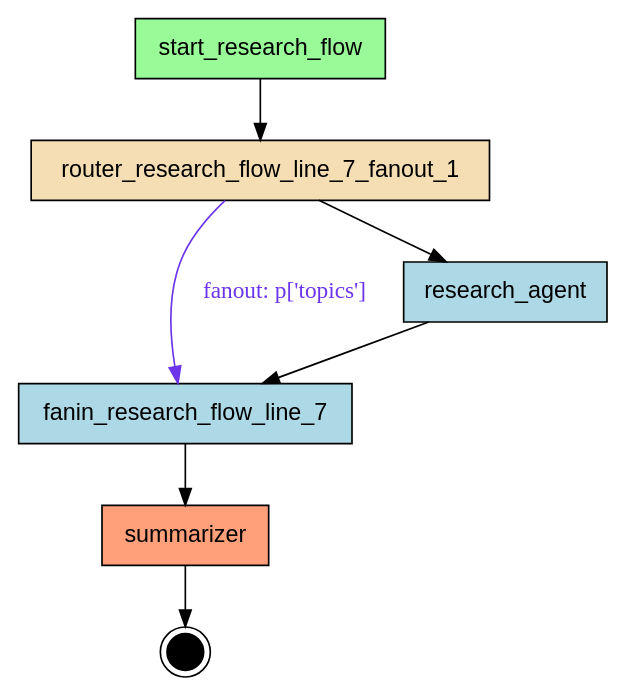
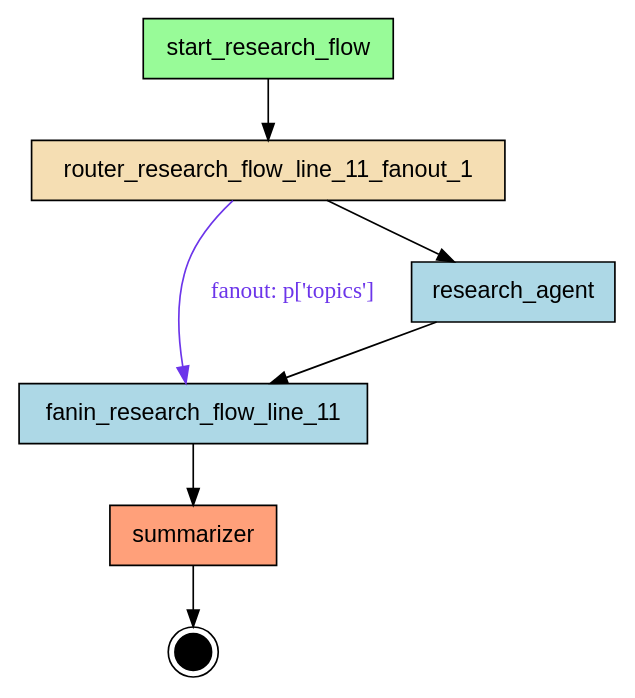
The diagram in src/asya-testing/asya_testing/flows/research_flow/compiled/flow.dot (deliveryhero/asya), drawn with Graphviz before and after one commit. The commit also changed 58 other files, not shown here.

First line of the commit message:
fix: add @actor to asya-testing flow handlers, recompile all

```diff
--- a/src/asya-testing/asya_testing/flows/research_flow/compiled/flow.dot
+++ b/src/asya-testing/asya_testing/flows/research_flow/compiled/flow.dot
@@ -1,21 +1,21 @@
 digraph "research_flow" {
     rankdir=TB;
     node [shape=box, style=filled, fontname="Helvetica"];
 
     { rank=source; start_research_flow; }
 
-    fanin_research_flow_line_7 [label="fanin_research_flow_line_7", fillcolor=lightblue];
+    fanin_research_flow_line_11 [label="fanin_research_flow_line_11", fillcolor=lightblue];
     research_agent [label="research_agent", fillcolor=lightblue];
-    router_research_flow_line_7_fanout_1 [label="router_research_flow_line_7_fanout_1", fillcolor=wheat];
+    router_research_flow_line_11_fanout_1 [label="router_research_flow_line_11_fanout_1", fillcolor=wheat];
     start_research_flow [label="start_research_flow", fillcolor=palegreen];
     summarizer [label="summarizer", fillcolor=lightsalmon];
 
     __end__ [label="", shape=doublecircle, fillcolor=black, width=0.3, fixedsize=true];
 
-    start_research_flow -> router_research_flow_line_7_fanout_1;
-    router_research_flow_line_7_fanout_1 -> fanin_research_flow_line_7 [label="fanout: p['topics']", color="#6C35EA", fontcolor="#6C35EA"];
-    fanin_research_flow_line_7 -> summarizer;
-    router_research_flow_line_7_fanout_1 -> research_agent;
-    research_agent -> fanin_research_flow_line_7;
+    start_research_flow -> router_research_flow_line_11_fanout_1;
+    router_research_flow_line_11_fanout_1 -> fanin_research_flow_line_11 [label="fanout: p['topics']", color="#6C35EA", fontcolor="#6C35EA"];
+    fanin_research_flow_line_11 -> summarizer;
+    router_research_flow_line_11_fanout_1 -> research_agent;
+    research_agent -> fanin_research_flow_line_11;
     summarizer -> __end__;
 }
```
